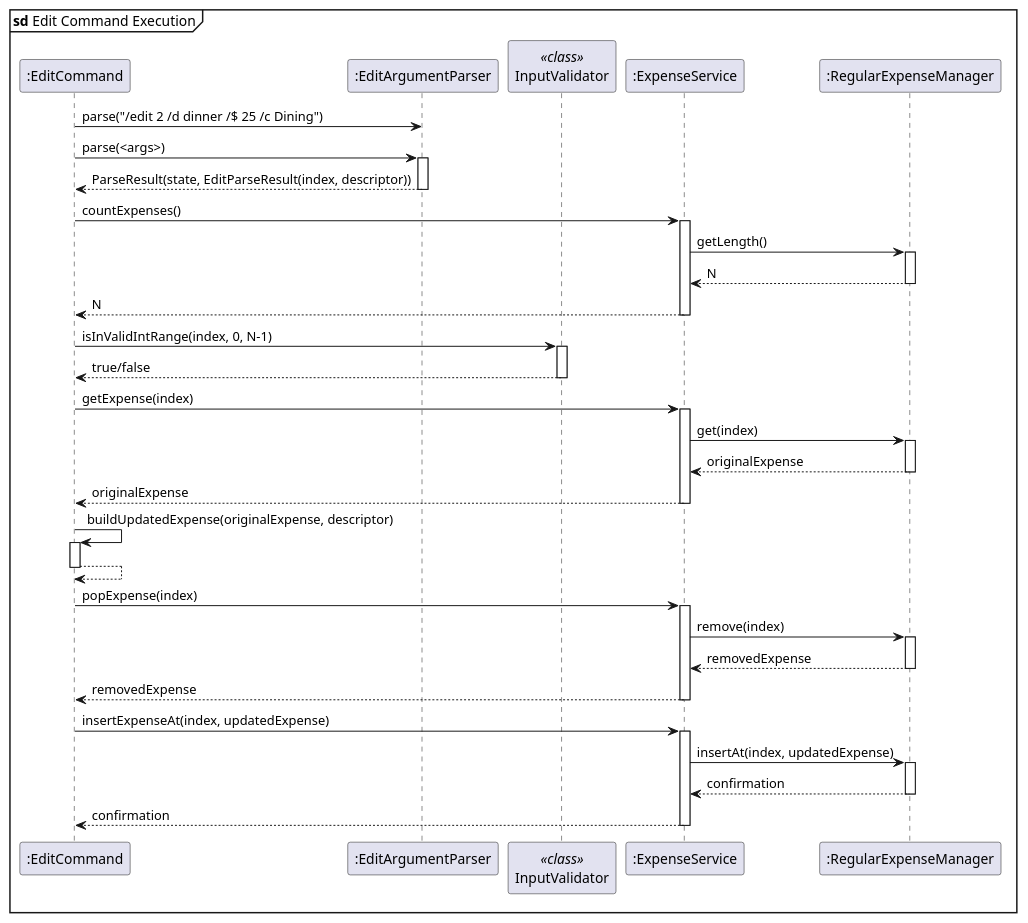
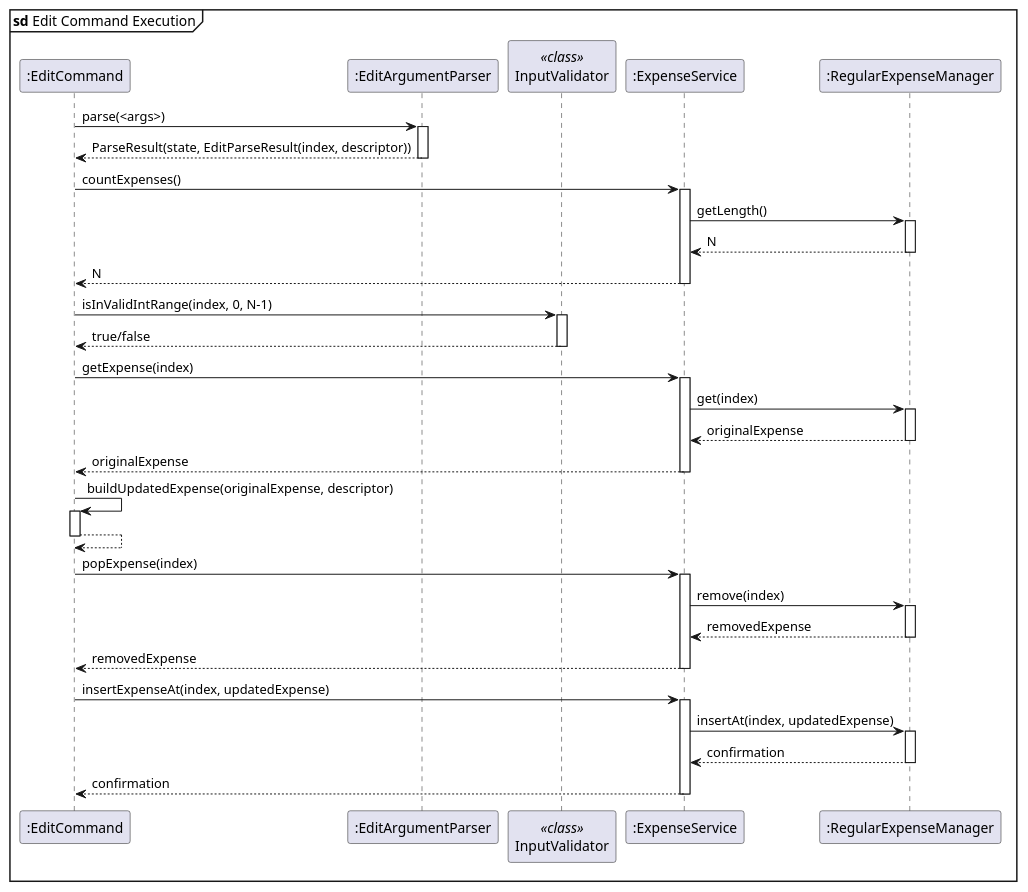
Before and after one commit to randust/tp: the diagram in docs/diagrams/sequence/edit.puml, drawn with PlantUML. The commit also changed 9 other files, not shown here.

Commit message:
added addcategory sequence diagram + renamed some stuff

```diff
--- a/docs/diagrams/sequence/edit.puml
+++ b/docs/diagrams/sequence/edit.puml
@@ -2,78 +2,77 @@
 @startuml editCommand
 
 mainframe **sd** Edit Command Execution
 participant ":EditCommand" as EditCmd
 participant ":EditArgumentParser" as Parser
 participant "InputValidator" as Validator <<class>>
 participant ":ExpenseService" as ExpenseSvc
 participant ":RegularExpenseManager" as RegExpMgr
 
-EditCmd -> Parser : parse("/edit 2 /d dinner /$ 25 /c Dining")
 
 EditCmd -> Parser : parse(<args>)
 activate Parser
 
 Parser --> EditCmd : ParseResult(state, EditParseResult(index, descriptor))
 deactivate Parser
 
 EditCmd -> ExpenseSvc : countExpenses()
 activate ExpenseSvc
 
 ExpenseSvc -> RegExpMgr : getLength()
 activate RegExpMgr
 
 RegExpMgr --> ExpenseSvc : N
 deactivate RegExpMgr
 
 ExpenseSvc --> EditCmd : N
 deactivate ExpenseSvc
 
 EditCmd -> Validator : isInValidIntRange(index, 0, N-1)
 activate Validator
 
 Validator --> EditCmd : true/false
 deactivate Validator
 
 EditCmd -> ExpenseSvc : getExpense(index)
 activate ExpenseSvc
 
 ExpenseSvc -> RegExpMgr : get(index)
 activate RegExpMgr
 
 RegExpMgr --> ExpenseSvc : originalExpense
 deactivate RegExpMgr
 
 ExpenseSvc --> EditCmd : originalExpense
 deactivate ExpenseSvc
 
 EditCmd -> EditCmd : buildUpdatedExpense(originalExpense, descriptor)
 activate EditCmd
 
 EditCmd --> EditCmd
 deactivate EditCmd
 
 EditCmd -> ExpenseSvc : popExpense(index)
 activate ExpenseSvc
 
 ExpenseSvc -> RegExpMgr : remove(index)
 activate RegExpMgr
 
 RegExpMgr --> ExpenseSvc : removedExpense
 deactivate RegExpMgr
 
 ExpenseSvc --> EditCmd : removedExpense
 deactivate ExpenseSvc
 
 EditCmd -> ExpenseSvc : insertExpenseAt(index, updatedExpense)
 activate ExpenseSvc
 
 ExpenseSvc -> RegExpMgr : insertAt(index, updatedExpense)
 activate RegExpMgr
 
 RegExpMgr --> ExpenseSvc : confirmation
 deactivate RegExpMgr
 
 ExpenseSvc --> EditCmd : confirmation
 deactivate ExpenseSvc
 
 @enduml
```
